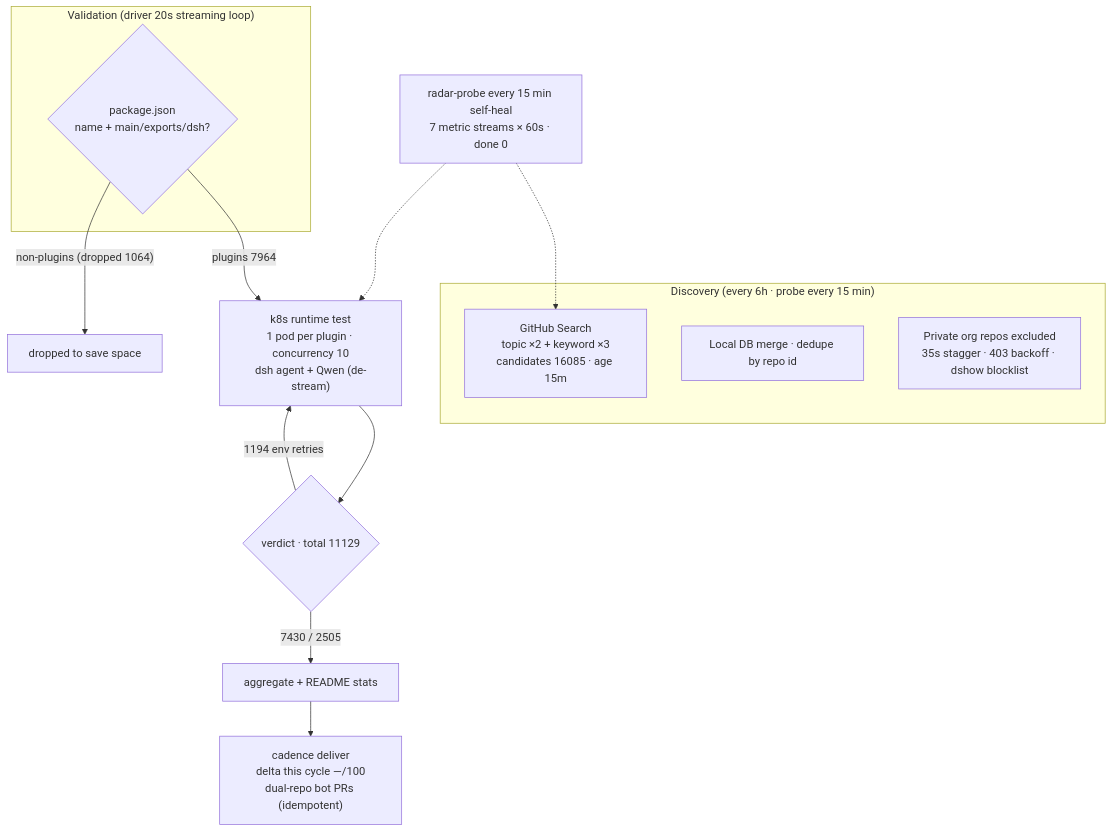
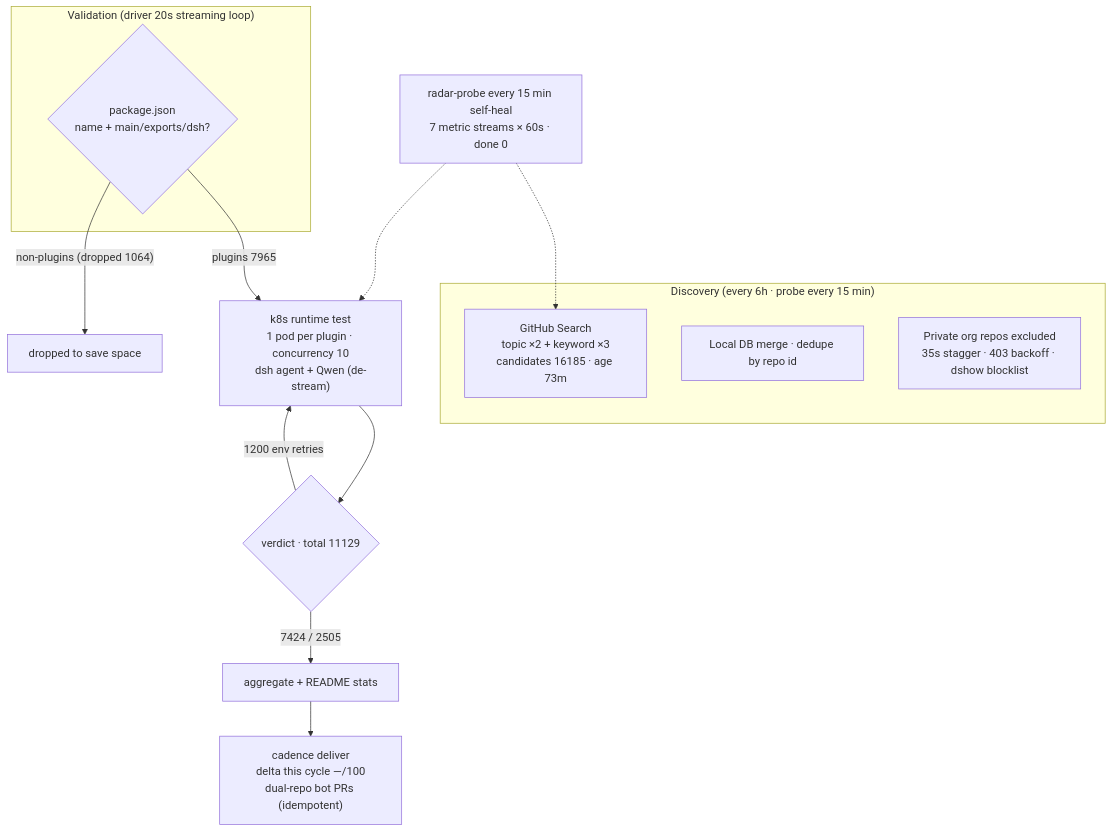
Before and after one commit to AdamPlatin123/awesome-dsh-plugins: the diagram in README.en-US.md, drawn with Mermaid. The commit also changed other lines of this file and 4 other files, not shown here.

````diff
--- a/README.en-US.md
+++ b/README.en-US.md
@@ -45,20 +45,20 @@
 ```mermaid
 flowchart TB
     subgraph Discovery["Discovery (every 6h · probe every 15 min)"]
-        A1["GitHub Search<br/>topic ×2 + keyword ×3<br/>candidates 16085 · age 15m"]
+        A1["GitHub Search<br/>topic ×2 + keyword ×3<br/>candidates 16185 · age 73m"]
         A2["Local DB merge · dedupe by repo id"]
         A3["Private org repos excluded<br/>35s stagger · 403 backoff · dshow blocklist"]
     end
     subgraph Validation["Validation (driver 20s streaming loop)"]
         B1{"package.json<br/>name + main/exports/dsh?"}
     end
-    B1 -->|"plugins 7964"| C1["k8s runtime test<br/>1 pod per plugin · concurrency 10<br/>dsh agent + Qwen (de-stream)"]
+    B1 -->|"plugins 7965"| C1["k8s runtime test<br/>1 pod per plugin · concurrency 10<br/>dsh agent + Qwen (de-stream)"]
     B1 -->|"non-plugins (dropped 1064)"| B3["dropped to save space"]
     C1 --> D1{"verdict · total 11129"}
-    D1 -->|"7430 / 2505"| E1["aggregate + README stats"]
-    D1 -->|"1194 env retries"| C1
+    D1 -->|"7424 / 2505"| E1["aggregate + README stats"]
+    D1 -->|"1200 env retries"| C1
     E1 --> E2["cadence deliver<br/>delta this cycle —/100<br/>dual-repo bot PRs (idempotent)"]
     M["radar-probe every 15 min self-heal<br/>7 metric streams × 60s · done 0"]
     M -.-> A1
     M -.-> C1
 ```
````
